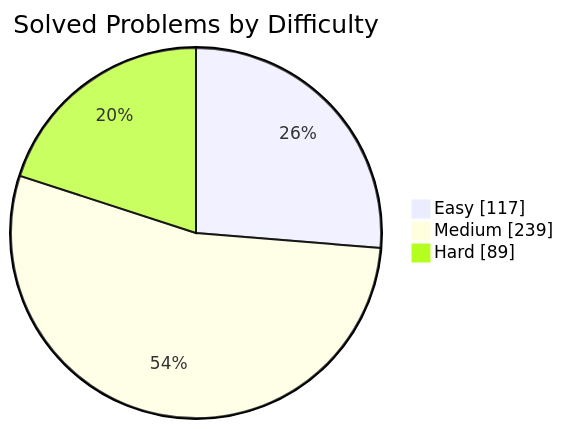
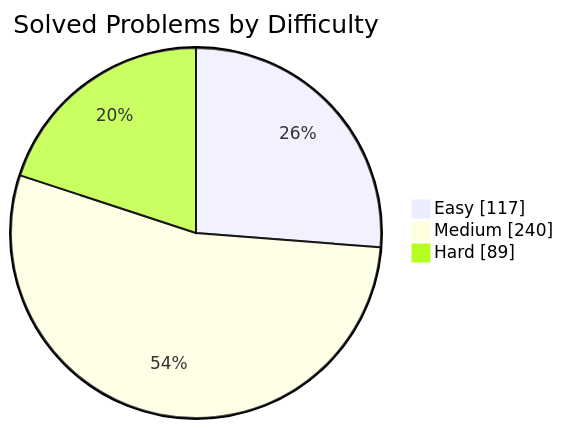
The first of 2 diagrams in README.md (manikantbindass/DSA-Preparation-FAANG), drawn with Mermaid before and after one commit. The commit also changed other lines of this file and 1 other file, not shown here.

````diff
--- a/README.md
+++ b/README.md
@@ -77,7 +77,7 @@
 ```mermaid
 pie showData
     title Solved Problems by Difficulty
     "Easy" : 117
-    "Medium" : 239
+    "Medium" : 240
     "Hard" : 89
 ```
````
